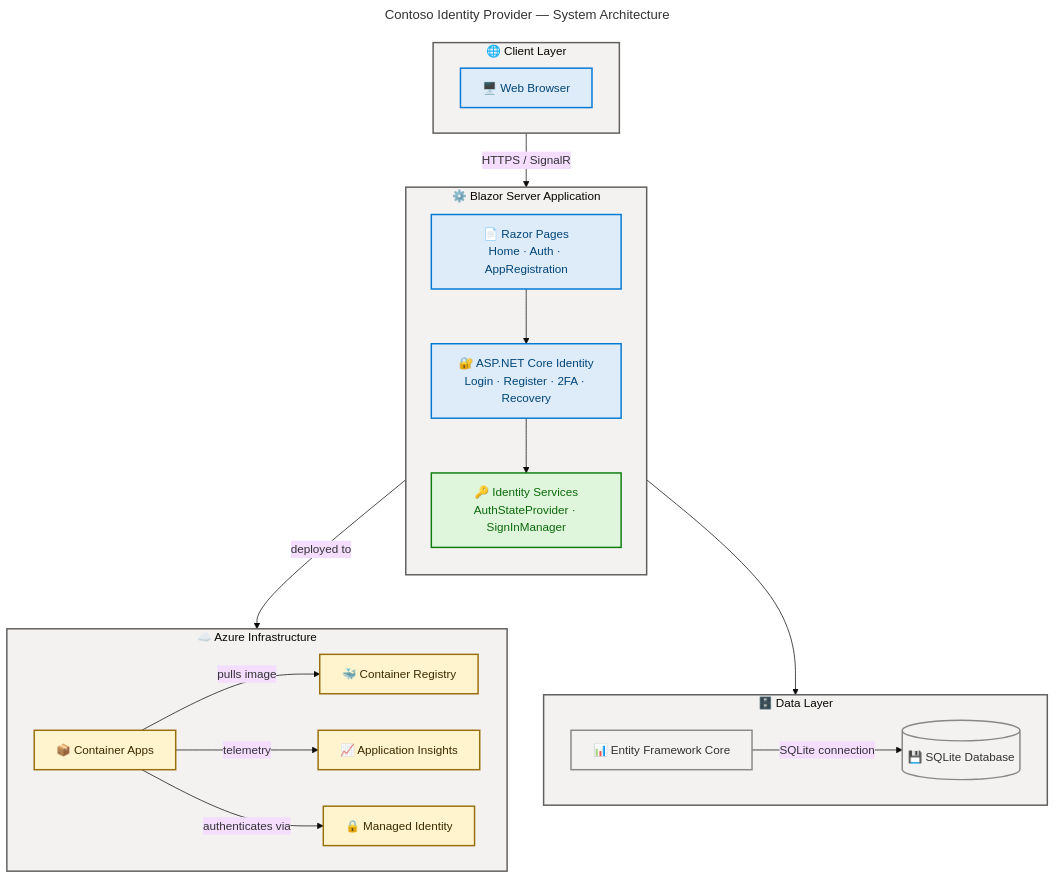
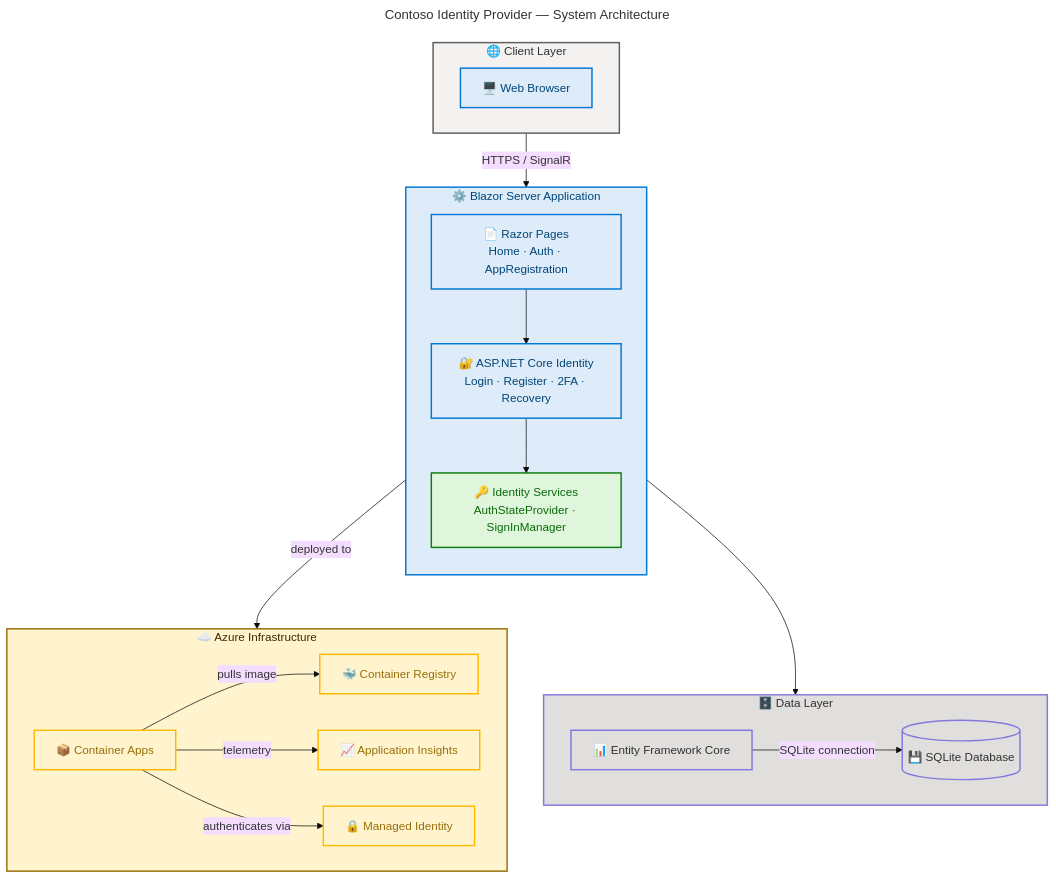
One commit to Evilazaro/IdentityProvider changed the diagram in README.md. Above: the diagram before and after it, drawn with Mermaid.

Commit message:
Refactor flowchart styles and class definitions in README.md for improved clarity and compliance

````diff
--- a/README.md
+++ b/README.md
@@ -37,73 +37,78 @@
 ```mermaid
 ---
 title: "Contoso Identity Provider — System Architecture"
 config:
   theme: base
   look: classic
   layout: dagre
   themeVariables:
     fontSize: '16px'
   flowchart:
     htmlLabels: true
 ---
 flowchart TD
     accTitle: Contoso Identity Provider System Architecture
     accDescr: Shows the layered architecture with client browser, Blazor Server application components, data layer, and Azure infrastructure services
 
     %% ═══════════════════════════════════════════════════════════════════════════
     %% AZURE / FLUENT ARCHITECTURE PATTERN v1.1
     %% (Semantic + Structural + Font + Accessibility Governance)
     %% ═══════════════════════════════════════════════════════════════════════════
     %% PHASE 1 - STRUCTURAL: Direction explicit, flat topology, nesting ≤ 3
     %% PHASE 2 - SEMANTIC: Colors justified, max 5 semantic classes, neutral-first
     %% PHASE 3 - FONT: Dark text on light backgrounds, contrast ≥ 4.5:1
     %% PHASE 4 - ACCESSIBILITY: accTitle/accDescr present, icons on all nodes
     %% PHASE 5 - STANDARD: Governance block present, classDefs centralized
     %% ═══════════════════════════════════════════════════════════════════════════
 
-    classDef core fill:#DEECF9,stroke:#0078D4,stroke-width:2px,color:#004578
-    classDef success fill:#DFF6DD,stroke:#107C10,stroke-width:2px,color:#0B6A0B
-    classDef data fill:#F3F2F1,stroke:#8A8886,stroke-width:2px,color:#323130
-    classDef infra fill:#FFF4CE,stroke:#986F0B,stroke-width:2px,color:#3B2C00
-
     subgraph client["🌐 Client Layer"]
         direction LR
         browser["🖥️ Web Browser"]:::core
     end
 
     subgraph blazor["⚙️ Blazor Server Application"]
         direction TB
         pages["📄 Razor Pages<br/>Home · Auth · AppRegistration"]:::core
         identity["🔐 ASP.NET Core Identity<br/>Login · Register · 2FA · Recovery"]:::core
         services["🔑 Identity Services<br/>AuthStateProvider · SignInManager"]:::success
     end
 
     subgraph dataLayer["🗄️ Data Layer"]
         direction LR
         efcore["📊 Entity Framework Core"]:::data
         sqlite[("💾 SQLite Database")]:::data
     end
 
     subgraph azure["☁️ Azure Infrastructure"]
         direction LR
-        aca["📦 Container Apps"]:::infra
-        acr["🐳 Container Registry"]:::infra
-        monitor["📈 Application Insights"]:::infra
-        managedId["🔒 Managed Identity"]:::infra
+        aca["📦 Container Apps"]:::warning
+        acr["🐳 Container Registry"]:::warning
+        monitor["📈 Application Insights"]:::warning
+        managedId["🔒 Managed Identity"]:::warning
     end
 
     browser -->|"HTTPS / SignalR"| pages
     pages --> identity
     identity --> services
     services --> efcore
     efcore -->|"SQLite connection"| sqlite
     blazor -->|"deployed to"| aca
     aca -->|"pulls image"| acr
     aca -->|"telemetry"| monitor
     aca -->|"authenticates via"| managedId
 
-    style client fill:#F3F2F1,stroke:#605E5C,stroke-width:2px
-    style blazor fill:#F3F2F1,stroke:#605E5C,stroke-width:2px
-    style dataLayer fill:#F3F2F1,stroke:#605E5C,stroke-width:2px
-    style azure fill:#F3F2F1,stroke:#605E5C,stroke-width:2px
+    %% Subgraph styling — semantic colors for functional siblings (MRM-C001)
+    %% client: external boundary (neutral), blazor: core application (blue)
+    %% dataLayer: data persistence (purple/data), azure: infrastructure (yellow/warning)
+    style client fill:#F3F2F1,stroke:#605E5C,stroke-width:2px,color:#323130
+    style blazor fill:#DEECF9,stroke:#0078D4,stroke-width:2px,color:#004578
+    style dataLayer fill:#E1DFDD,stroke:#8378DE,stroke-width:2px,color:#323130
+    style azure fill:#FFF4CE,stroke:#986F0B,stroke-width:2px,color:#3B2C00
+
+    %% classDef declarations — centralized at end per pattern compliance
+    %% Semantic: core=Blue(API/info), success=Green(services), data=Purple(persistence), warning=Yellow(infra)
+    classDef core fill:#DEECF9,stroke:#0078D4,stroke-width:2px,color:#004578
+    classDef success fill:#DFF6DD,stroke:#107C10,stroke-width:2px,color:#0B6A0B
+    classDef data fill:#E1DFDD,stroke:#8378DE,stroke-width:2px,color:#323130
+    classDef warning fill:#FFF4CE,stroke:#FFB900,stroke-width:2px,color:#986F0B
 ```
````
